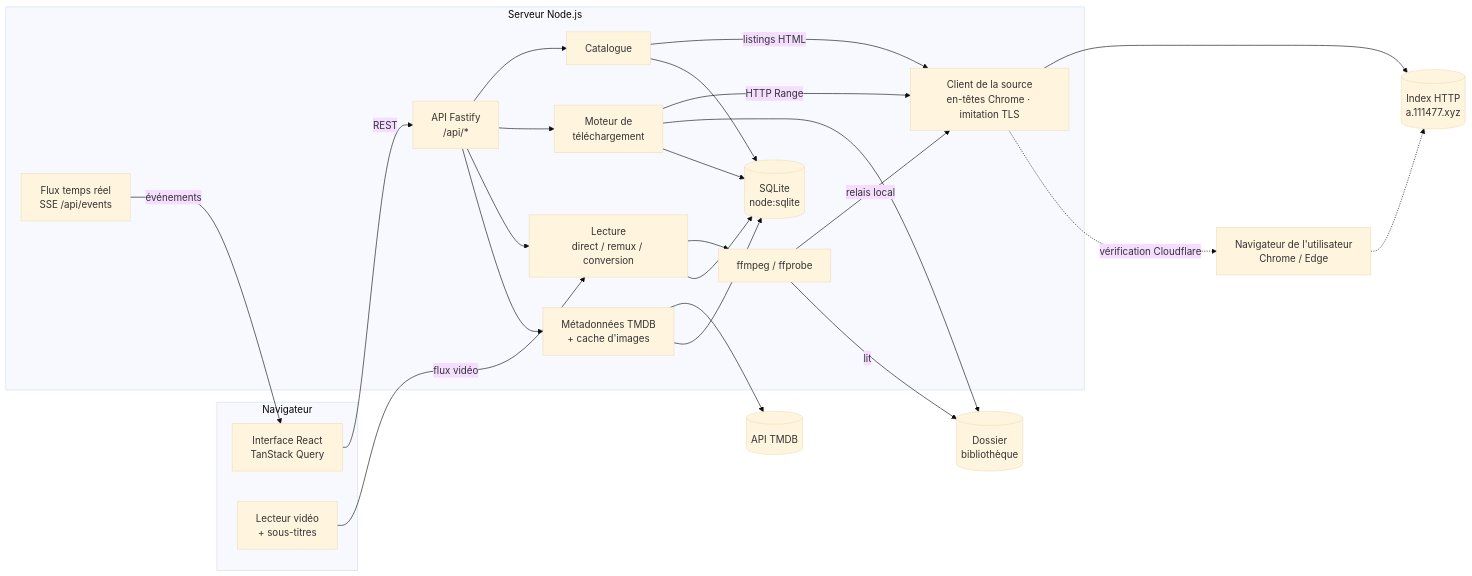
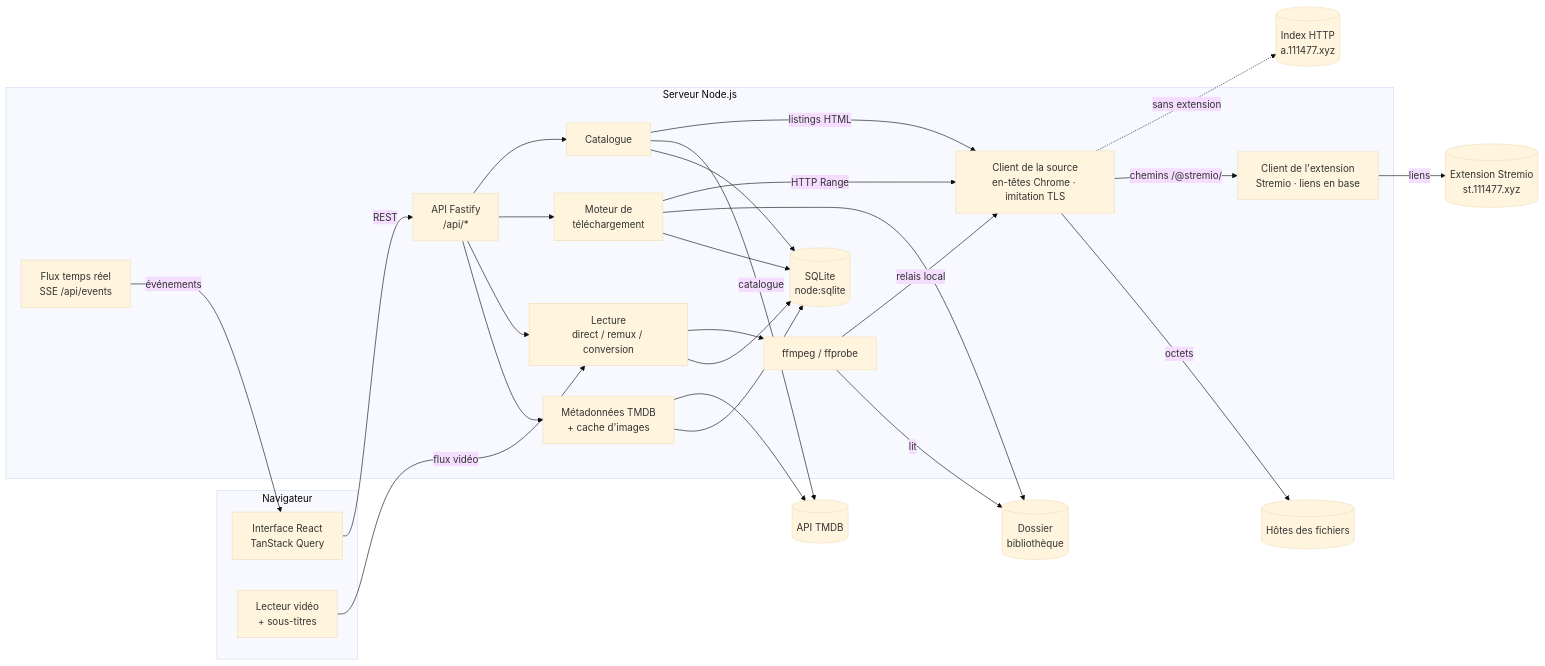
One commit to antoineferrero-eng/Video changed the first of 2 diagrams in docs/ARCHITECTURE.md. Above: the diagram before and after it, drawn with Mermaid (base theme). The commit also changed other lines of this file and 60 other files, not shown here.

````diff
--- a/docs/ARCHITECTURE.md
+++ b/docs/ARCHITECTURE.md
@@ -5,37 +5,42 @@
 ```mermaid
 flowchart LR
   subgraph Navigateur
     UI[Interface React<br/>TanStack Query]
     Player[Lecteur vidéo<br/>+ sous-titres]
   end
   subgraph Serveur Node.js
     API[API Fastify<br/>/api/*]
     SSE[Flux temps réel<br/>SSE /api/events]
     Catalog[Catalogue]
     Downloads[Moteur de<br/>téléchargement]
     Playback[Lecture<br/>direct / remux / conversion]
     Metadata[Métadonnées TMDB<br/>+ cache d'images]
     DB[(SQLite<br/>node:sqlite)]
     FF[ffmpeg / ffprobe]
     Client[Client de la source<br/>en-têtes Chrome · imitation TLS]
+    Addon[Client de l'extension<br/>Stremio · liens en base]
   end
   Source[(Index HTTP<br/>a.111477.xyz)]
+  Stremio[(Extension Stremio<br/>st.111477.xyz)]
+  Hosts[(Hôtes des fichiers)]
   TMDB[(API TMDB)]
   Disk[(Dossier<br/>bibliothèque)]
 
   UI -- REST --> API
   SSE -- événements --> UI
   Player -- flux vidéo --> Playback
   API --> Catalog & Downloads & Playback & Metadata
   Catalog -- listings HTML --> Client
   Downloads -- HTTP Range --> Client
   Downloads --> Disk
   Playback --> FF
   FF -- relais local --> Client
   FF -- lit --> Disk
-  Client --> Source
-  Client -. vérification Cloudflare .-> Browser[Navigateur de l'utilisateur<br/>Chrome / Edge]
-  Browser -.-> Source
+  Client -. sans extension .-> Source
+  Client -- chemins /@stremio/ --> Addon
+  Addon -- liens --> Stremio
+  Client -- octets --> Hosts
+  Catalog -- catalogue --> TMDB
   Metadata --> TMDB
   Catalog & Downloads & Playback & Metadata --> DB
 ```
````
